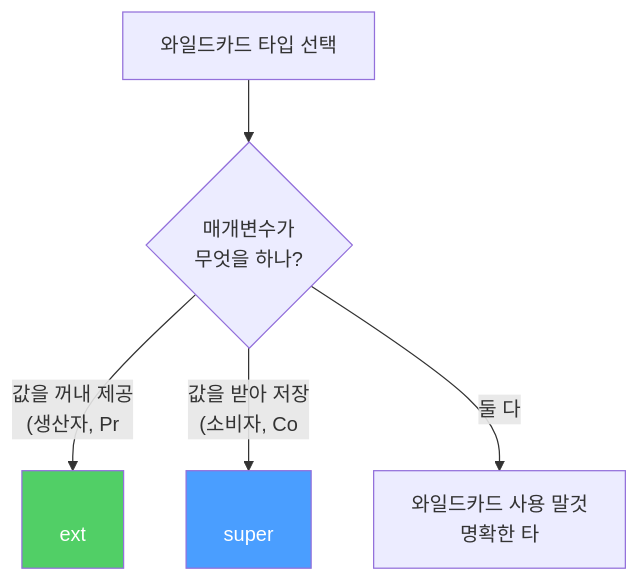
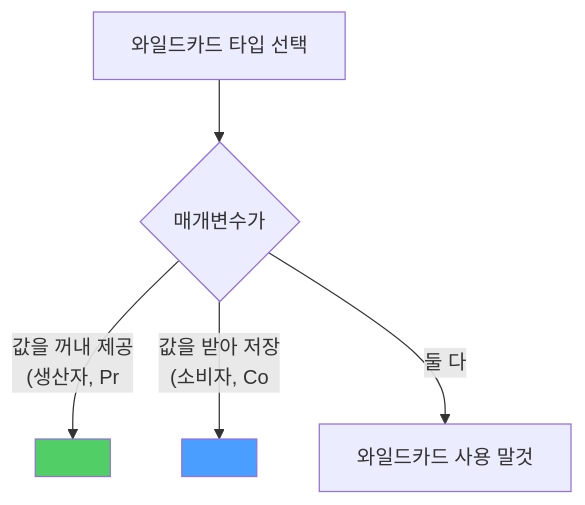
Before and after one commit to yjkim2015/yjkim2015.github.io: the diagram in _posts/java/2022-01-09-effective-java31.md, drawn with Mermaid. The commit also changed 217 other files, not shown here.

First line of the commit message:
Mermaid 크기 수정: useMaxWidth:true + SVG max-width:100% + 라벨 축소

````diff
--- a/_posts/java/2022-01-09-effective-java31.md
+++ b/_posts/java/2022-01-09-effective-java31.md
@@ -82,9 +82,9 @@
 ```mermaid
 graph TD
-    A["와일드카드 타입 선택"] --> B{"매개변수가\n무엇을 하나?"}
-    B -->|"값을 꺼내 제공\n(생산자, Pr"| C["<? extends E>\next"]
-    B -->|"값을 받아 저장\n(소비자, Co"| D["<? super E>\nsuper"]
-    B -->|"둘 다"| E["와일드카드 사용 말것\n명확한 타"]
+    A["와일드카드 타입 선택"] --> B{"매개변수가"}
+    B -->|"값을 꺼내 제공\n(생산자, Pr"| C["<? extends E>"]
+    B -->|"값을 받아 저장\n(소비자, Co"| D["<? super E>"]
+    B -->|"둘 다"| E["와일드카드 사용 말것"]
     style C fill:#51cf66,color:#fff
     style D fill:#4a9eff,color:#fff
 ```
````
